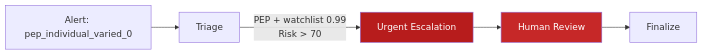
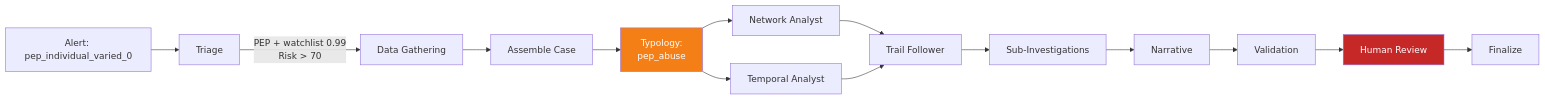
Before and after one commit to mongodb-industry-solutions/fsi-aml-fraud-detection: diagram 17 of 19 in docs/AGENTIC_INVESTIGATION_PIPELINE.md, drawn with Mermaid. The commit also changed other lines of this file, not shown here.

````diff
--- a/docs/AGENTIC_INVESTIGATION_PIPELINE.md
+++ b/docs/AGENTIC_INVESTIGATION_PIPELINE.md
@@ -1040,10 +1337,19 @@
 ```mermaid
 flowchart LR
     A["Alert: pep_individual_varied_0"] --> T["Triage"]
-    T -->|"PEP + watchlist 0.99<br/>Risk > 70"| UE["Urgent Escalation"]
-    UE --> HR["Human Review"]
+    T -->|"PEP + watchlist 0.99<br/>Risk > 70"| DG["Data Gathering"]
+    DG --> AC["Assemble Case"]
+    AC --> TY["Typology:<br/>pep_abuse"]
+    TY --> NA["Network Analyst"]
+    TY --> TA["Temporal Analyst"]
+    NA --> TF["Trail Follower"]
+    TA --> TF
+    TF --> SI["Sub-Investigations"]
+    SI --> NR["Narrative"]
+    NR --> V["Validation"]
+    V --> HR["Human Review"]
     HR --> F["Finalize"]
 
-    style UE fill:#b71c1c,color:#fff
+    style TY fill:#f57f17,color:#fff
     style HR fill:#c62828,color:#fff
 ```
````
